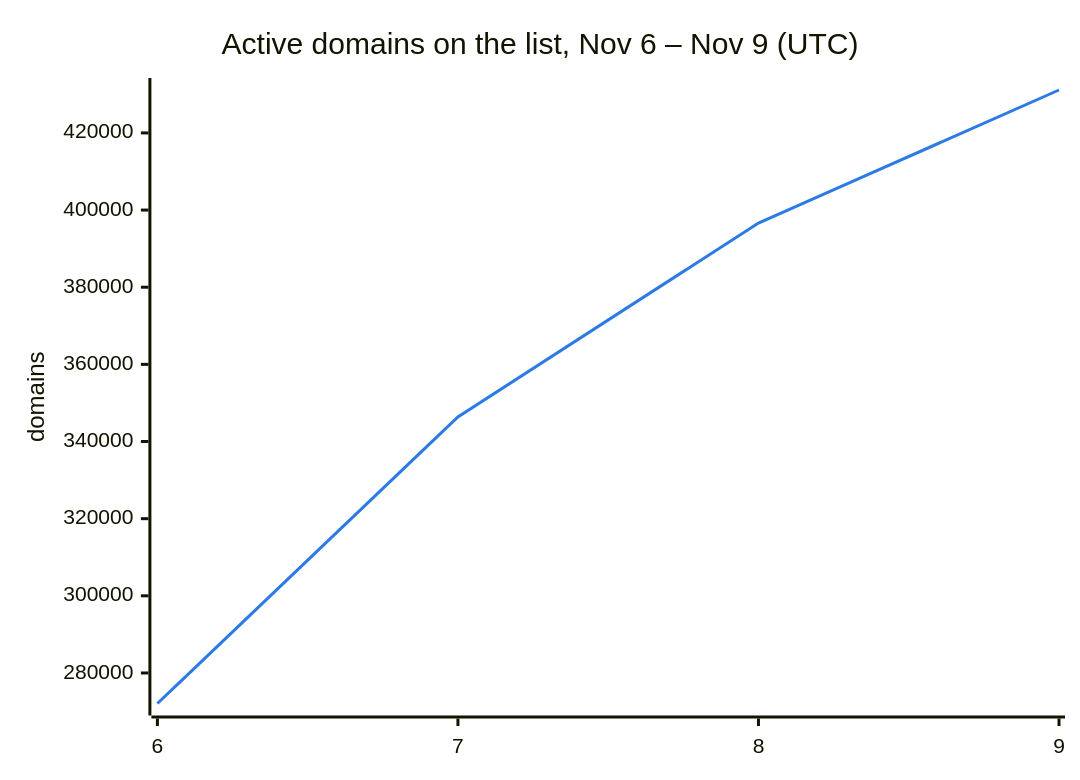
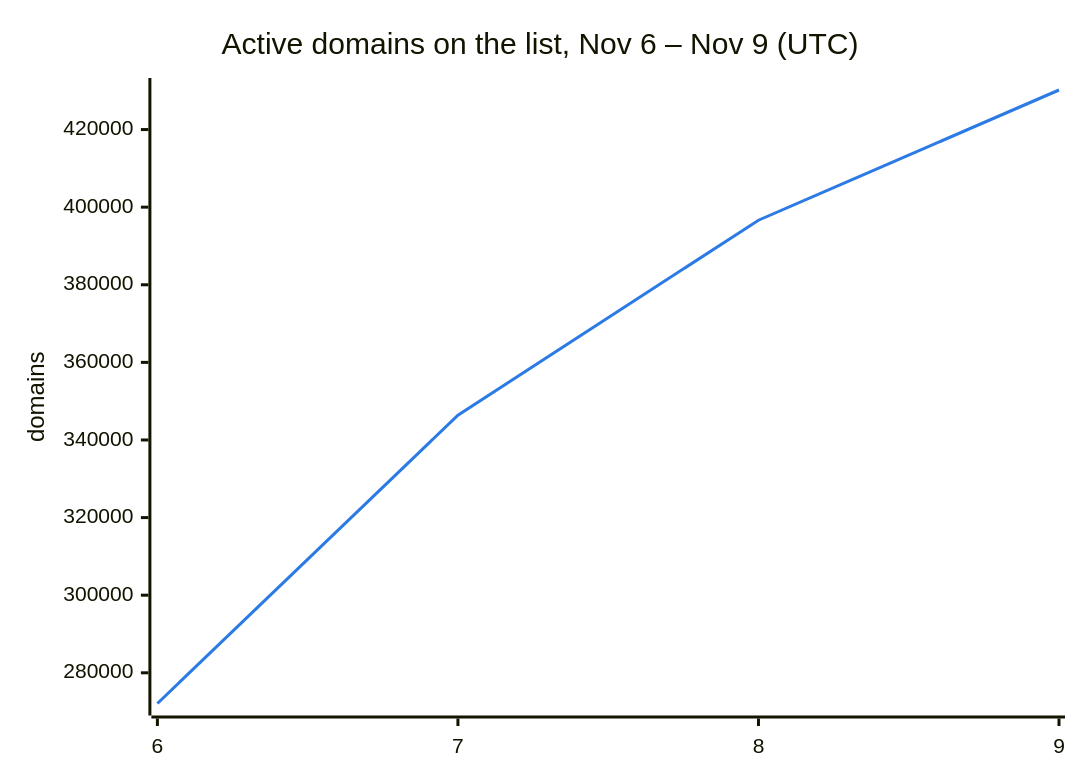
One commit to DNSBunker/CTI changed the second of 3 diagrams in README.md. Above: the diagram before and after it, drawn with Mermaid. The commit also changed other lines of this file and 3 other files, not shown here.

````diff
--- a/README.md
+++ b/README.md
@@ -38,8 +38,8 @@
 ```mermaid
 %%{init: {"themeVariables": {"xyChart": {"plotColorPalette": "#2c7be5"}}}}%%
 xychart-beta
     title "Active domains on the list, Nov 6 – Nov 9 (UTC)"
     x-axis ["6", "7", "8", "9"]
     y-axis "domains"
-    line [272088, 346388, 396638, 431125]
+    line [272088, 346388, 396638, 430194]
 ```
````
